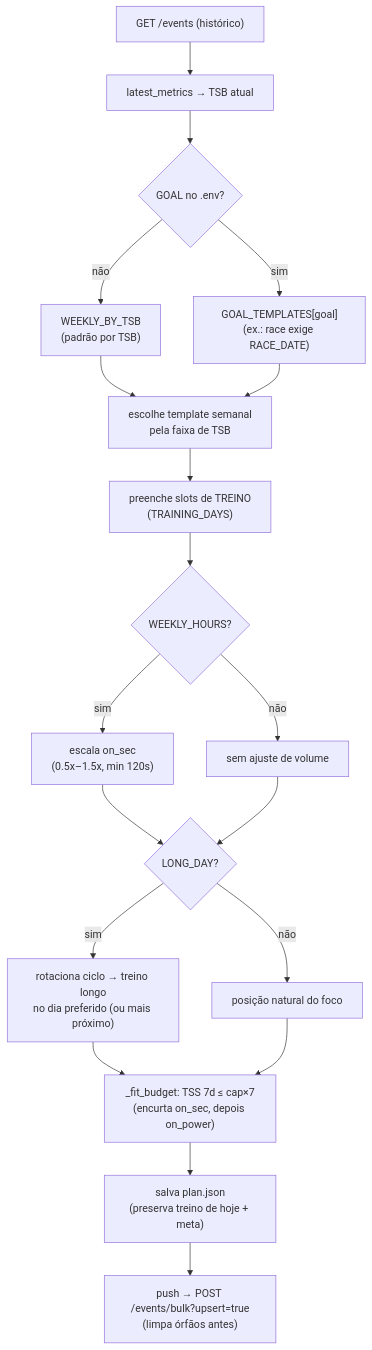
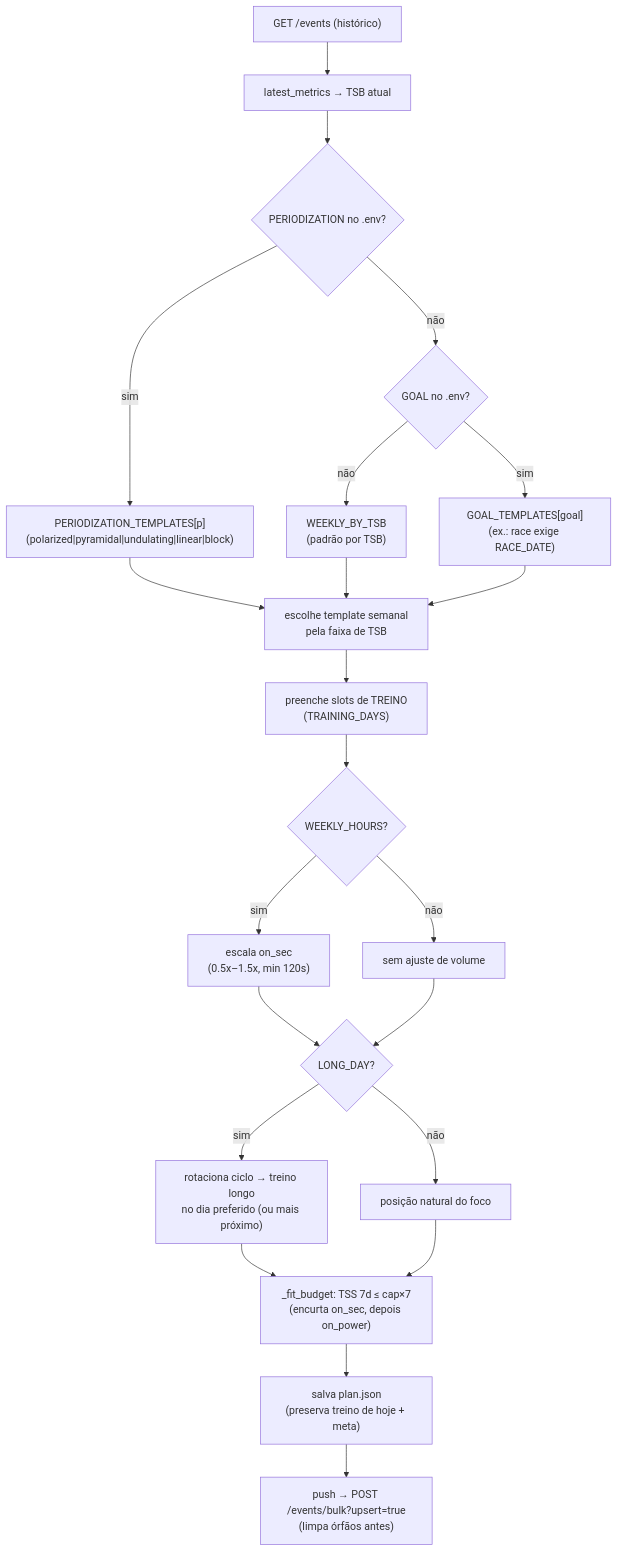
Before and after one commit to valdelin/Hermes-coach: the fifth of 6 diagrams in docs/DIAGRAMAS.md, drawn with Mermaid. The commit also changed other lines of this file and 11 other files, not shown here.

Commit message:
docs: diagramas atualizados para v0.0.27 (check, PERIODIZATION, readiness) e PNGs regenerados

````diff
--- a/docs/DIAGRAMAS.md
+++ b/docs/DIAGRAMAS.md
@@ -258,22 +287,25 @@
 ```mermaid
 flowchart TD
     A["GET /events (histórico)"] --> B["latest_metrics → TSB atual"]
-    B --> C{"GOAL no .env?"}
-    C -- "não" --> D["WEEKLY_BY_TSB<br/>(padrão por TSB)"]
-    C -- "sim" --> E["GOAL_TEMPLATES[goal]<br/>(ex.: race exige RACE_DATE)"]
+    B --> C{"PERIODIZATION no .env?"}
+    C -- "sim" --> D["PERIODIZATION_TEMPLATES[p]<br/>(polarized|pyramidal|undulating|linear|block)"]
+    C -- "não" --> E{"GOAL no .env?"}
+    E -- "não" --> F["WEEKLY_BY_TSB<br/>(padrão por TSB)"]
+    E -- "sim" --> G["GOAL_TEMPLATES[goal]<br/>(ex.: race exige RACE_DATE)"]
 
-    D --> F["escolhe template semanal<br/>pela faixa de TSB"]
-    E --> F
-    F --> G["preenche slots de TREINO<br/>(TRAINING_DAYS)"]
-    G --> H{"WEEKLY_HOURS?"}
-    H -- "sim" --> I["escala on_sec<br/>(0.5x–1.5x, min 120s)"]
-    H -- "não" --> J["sem ajuste de volume"]
-    I --> K{"LONG_DAY?"}
-    J --> K
-    K -- "sim" --> L["rotaciona ciclo → treino longo<br/>no dia preferido (ou mais próximo)"]
-    K -- "não" --> M["posição natural do foco"]
-    L --> N["_fit_budget: TSS 7d ≤ cap×7<br/>(encurta on_sec, depois on_power)"]
-    M --> N
-    N --> O["salva plan.json<br/>(preserva treino de hoje + meta)"]
-    O --> P["push → POST /events/bulk?upsert=true<br/>(limpa órfãos antes)"]
+    D --> H["escolhe template semanal<br/>pela faixa de TSB"]
+    F --> H
+    G --> H
+    H --> I["preenche slots de TREINO<br/>(TRAINING_DAYS)"]
+    I --> J{"WEEKLY_HOURS?"}
+    J -- "sim" --> K["escala on_sec<br/>(0.5x–1.5x, min 120s)"]
+    J -- "não" --> L["sem ajuste de volume"]
+    K --> M{"LONG_DAY?"}
+    L --> M
+    M -- "sim" --> N["rotaciona ciclo → treino longo<br/>no dia preferido (ou mais próximo)"]
+    M -- "não" --> O["posição natural do foco"]
+    N --> P["_fit_budget: TSS 7d ≤ cap×7<br/>(encurta on_sec, depois on_power)"]
+    O --> P
+    P --> Q["salva plan.json<br/>(preserva treino de hoje + meta)"]
+    Q --> R["push → POST /events/bulk?upsert=true<br/>(limpa órfãos antes)"]
 ```
````
